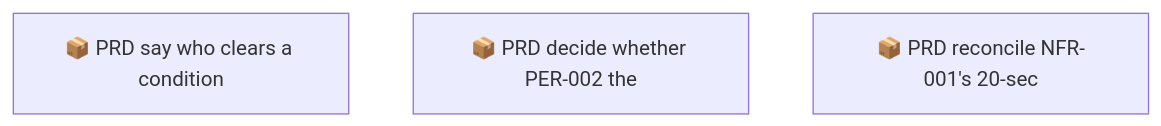
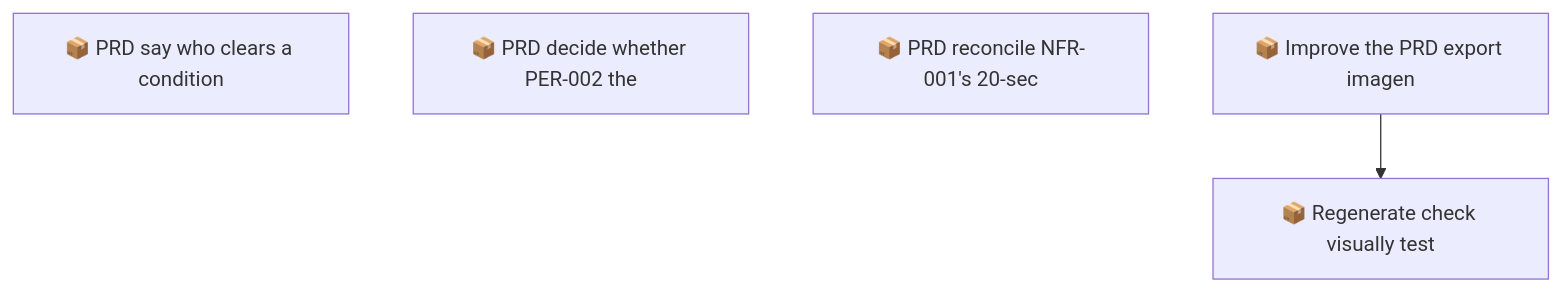
Before and after one commit to SpillwaveSolutions/prd-forge: the second of 2 diagrams in docs/roadmap.md, drawn with Mermaid. The commit also changed other lines of this file and 83 other files, not shown here.

````diff
--- a/docs/roadmap.md
+++ b/docs/roadmap.md
@@ -52,6 +61,9 @@
 ```mermaid
 graph TD
     01M67NBJMD36KW0QP1S9D4SMAD["📦 PRD say who clears a condition"]
     01M67NBJQEWFPJ4YZADKC6ZXP7["📦 PRD decide whether PER-002 the"]
     01M67NBJTJAPJSEETE5YS6SVMT["📦 PRD reconcile NFR-001's 20-sec"]
+    01M7JXHGSQFKC5QB720MGAGZ44["📦 Improve the PRD export imagen"]
+    01M7JXHGSRTYQM9QA8P2QSD00P["📦 Regenerate check visually test"]
+    01M7JXHGSQFKC5QB720MGAGZ44 --> 01M7JXHGSRTYQM9QA8P2QSD00P
 ```
````
